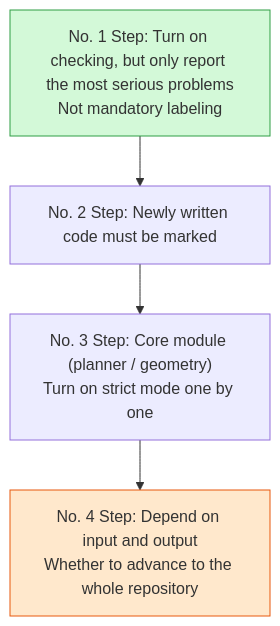
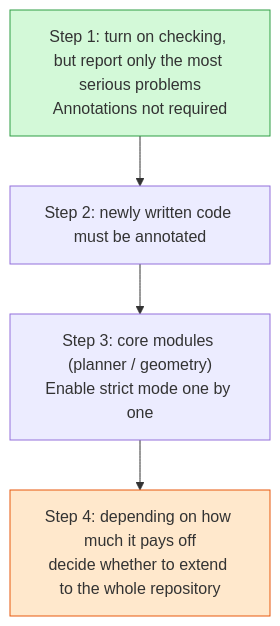
Diagram 13 of 22 in _translations/en/research/Python-Engineering-Survey.md (TingdeLiu/tingdeliu.github.io), drawn with Mermaid before and after one commit. The commit also changed other lines of this file and 51 other files, not shown here.

````diff
--- a/_translations/en/research/Python-Engineering-Survey.md
+++ b/_translations/en/research/Python-Engineering-Survey.md
@@ -996,8 +996,8 @@
 ```mermaid
 flowchart TB
-    S1["No. 1 Step: Turn on checking, but only report the most serious problems<br/>Not mandatory labeling"] --> S2["No. 2 Step: Newly written code must be marked"]
-    S2 --> S3["No. 3 Step: Core module (planner / geometry)<br/>Turn on strict mode one by one"]
-    S3 --> S4["No. 4 Step: Depend on input and output<br/>Whether to advance to the whole repository"]
+    S1["Step 1: turn on checking, but report only the most serious problems<br/>Annotations not required"] --> S2["Step 2: newly written code must be annotated"]
+    S2 --> S3["Step 3: core modules (planner / geometry)<br/>Enable strict mode one by one"]
+    S3 --> S4["Step 4: depending on how much it pays off<br/>decide whether to extend to the whole repository"]
     style S1 fill:#d3f9d8,stroke:#2f9e44
     style S4 fill:#ffe8cc,stroke:#e8590c
 ```
````
